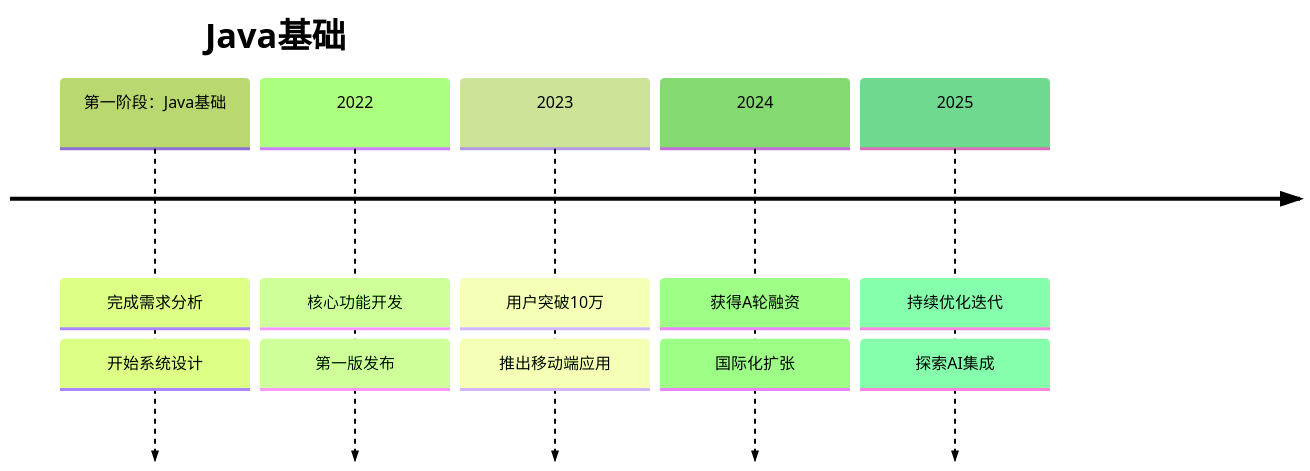
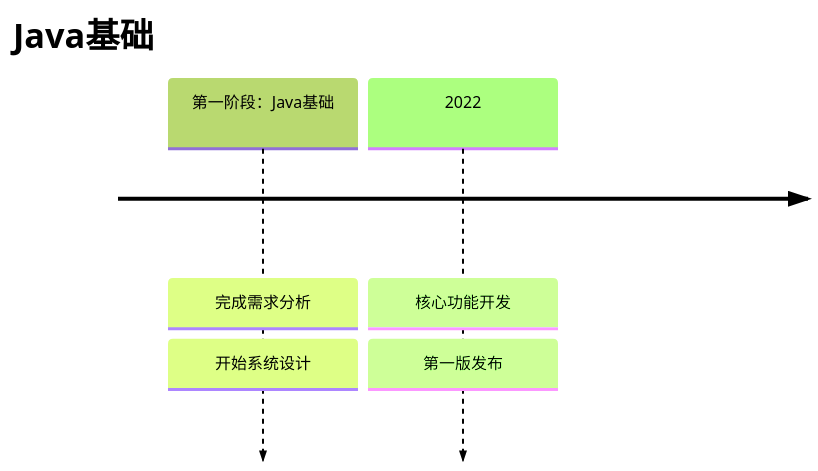
One commit to TangBinQiang/Blog-Quartz changed the seventh of 7 diagrams in content/test.md. Above: the diagram before and after it, drawn with Mermaid (forest theme).

Commit message:
Quartz sync: Jan 24, 2026, 12:56 AM

````diff
--- a/content/test.md
+++ b/content/test.md
@@ -184,14 +184,8 @@
 ```mermaid
 timeline
     title Java基础
     第一阶段：Java基础  : 完成需求分析
          : 开始系统设计
     2022 : 核心功能开发
          : 第一版发布
-    2023 : 用户突破10万
-         : 推出移动端应用
-    2024 : 获得A轮融资
-         : 国际化扩张
-    2025 : 持续优化迭代
-         : 探索AI集成
 ```
````
